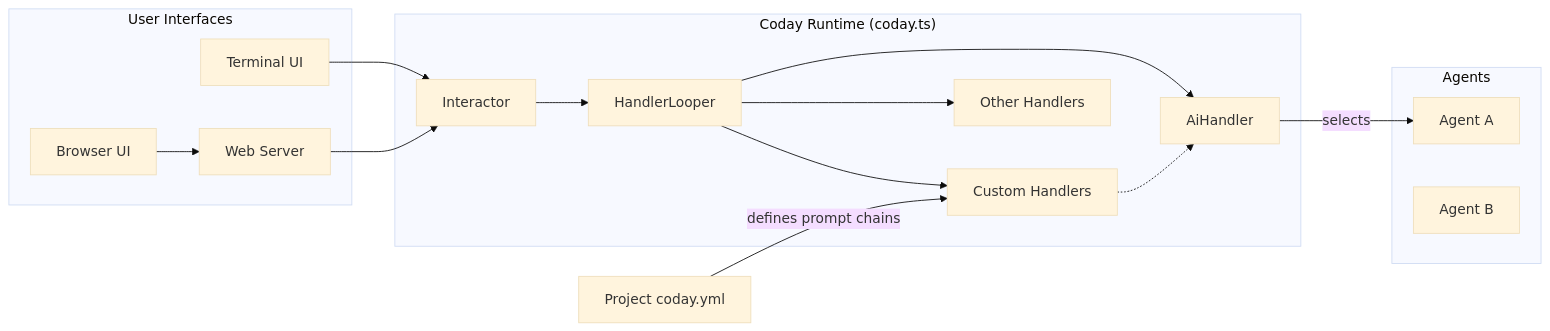
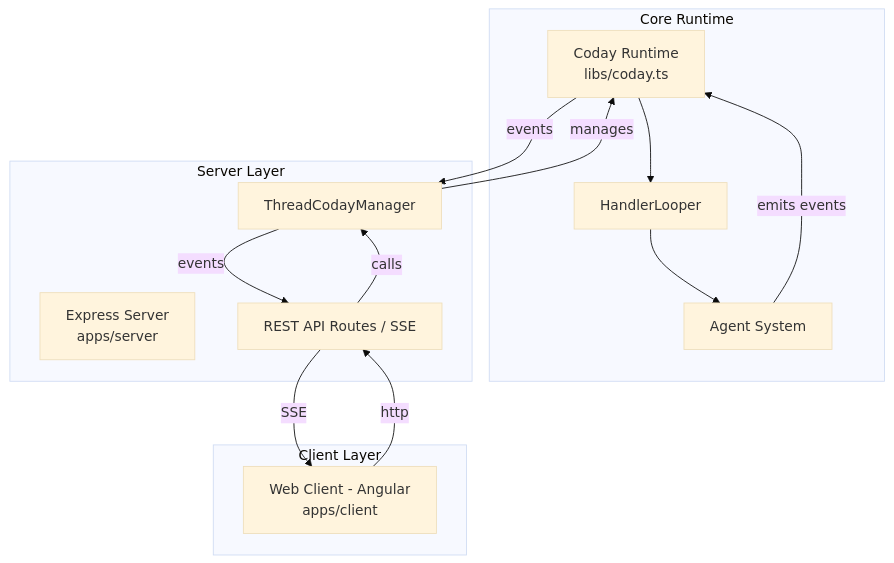
One commit to whoz-oss/coday changed the first of 4 diagrams in docs/to-rework/ARCHITECTURE.md. Above: the diagram before and after it, drawn with Mermaid (base theme). The commit also changed other lines of this file and 13 other files, not shown here.

````diff
--- a/docs/to-rework/ARCHITECTURE.md
+++ b/docs/to-rework/ARCHITECTURE.md
@@ -13,34 +7,26 @@
 ```mermaid
-graph LR
-    subgraph "User Interfaces"
-        Terminal[Terminal UI]
-        Browser[Browser UI]
-        WebServer[Web Server]
+graph TB
+    subgraph "Core Runtime"
+        Coday[Coday Runtime<br/>libs/coday.ts]
+        HandlerLooper
+        Agents[Agent System]
     end
-
-    subgraph "Coday Runtime (coday.ts)"
-        Interactor
-        HandlerLooper
-        AiHandler
-        CustomHandlers[Custom Handlers]
-        OtherHandlers[Other Handlers]
+    subgraph "Server Layer"
+        WebServer[Express Server<br/>apps/server]
+        ThreadManager[ThreadCodayManager]
+        API[REST API Routes / SSE]
     end
-
-    subgraph "Agents"
-        AgentA[Agent A]
-        AgentB[Agent B]
+    subgraph "Client Layer"
+        WebClient[Web Client - Angular<br/>apps/client]
     end
-
-    ProjectConfig[Project coday.yml]
-    Terminal --> Interactor
-    Browser --> WebServer
-    WebServer --> Interactor
-    Interactor --> HandlerLooper
-    HandlerLooper --> AiHandler
-    HandlerLooper --> OtherHandlers
-    HandlerLooper --> CustomHandlers
-   ProjectConfig -->|defines prompt chains| CustomHandlers
-    CustomHandlers -.-> AiHandler
-    AiHandler -->|selects| AgentA
-
+    
+    API -->|SSE| WebClient
+    ThreadManager -->|manages| Coday
+    WebClient -->|http| API
+    API -->|calls| ThreadManager
+    ThreadManager -->|events| API 
+    Coday --> HandlerLooper
+    HandlerLooper --> Agents
+    Agents -->|emits events| Coday
+    Coday -->|events| ThreadManager
 ```
````
